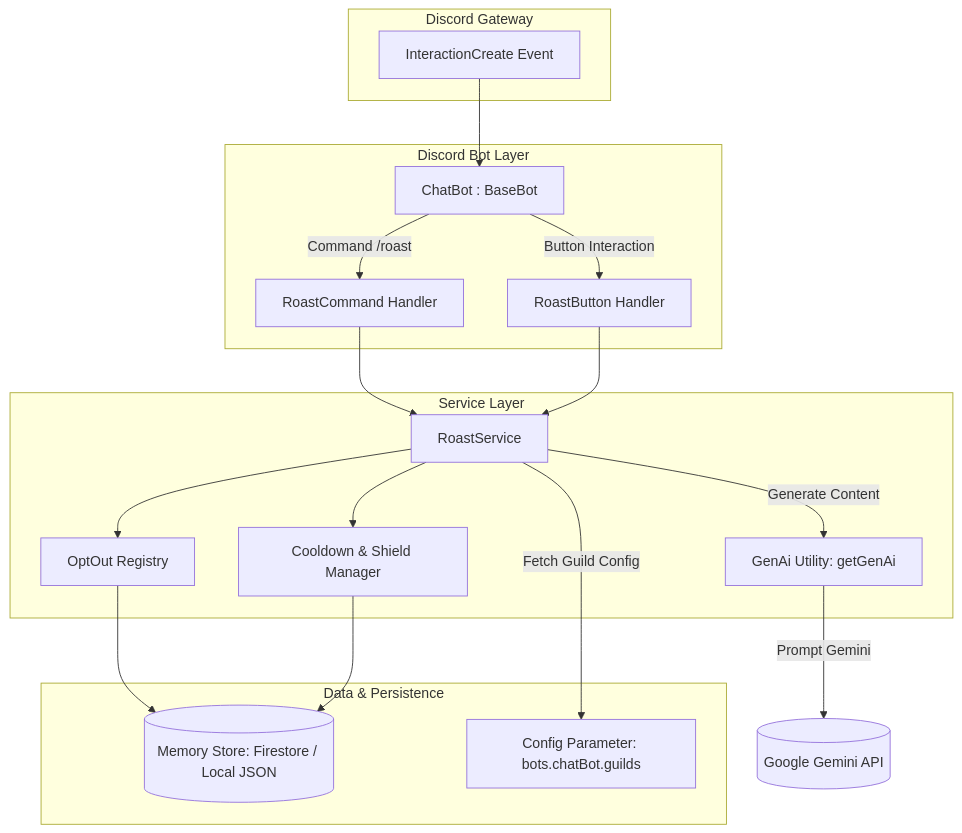
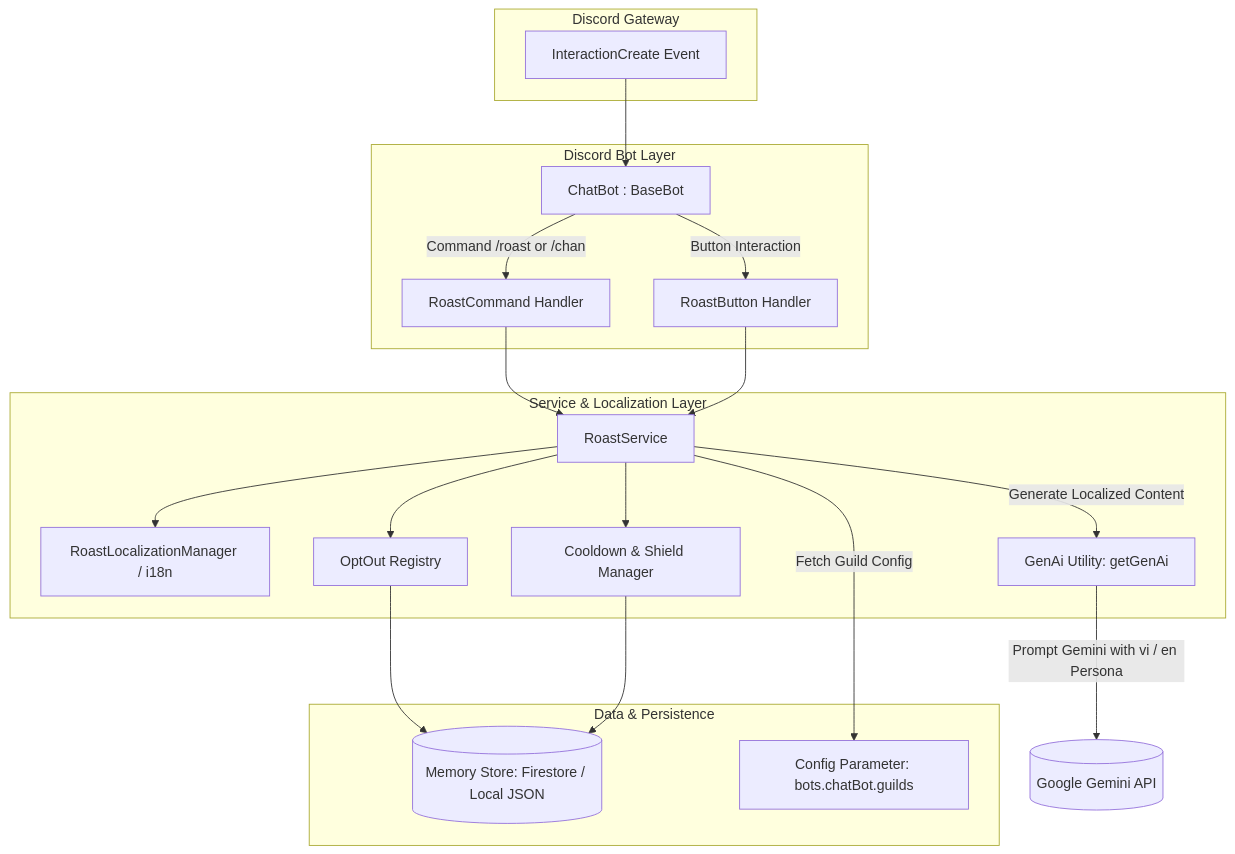
One commit to nthungdev/discord-bot changed the fifth of 6 diagrams in docs/roast-feature-prd.md. Above: the diagram before and after it, drawn with Mermaid. The commit also changed other lines of this file, not shown here.

Commit message:
docs(roast): support vietnamese and english locales for roast feature (#76)

````diff
--- a/docs/roast-feature-prd.md
+++ b/docs/roast-feature-prd.md
@@ -274,39 +452,41 @@
 ```mermaid
 flowchart TD
     subgraph Discord Gateway
         GW[InteractionCreate Event]
     end
 
     subgraph Discord Bot Layer
         CB[ChatBot : BaseBot]
         CMD[RoastCommand Handler]
         BTN[RoastButton Handler]
     end
 
-    subgraph Service Layer
+    subgraph Service & Localization Layer
         RS[RoastService]
+        RLM[RoastLocalizationManager / i18n]
         CS[Cooldown & Shield Manager]
         OOR[OptOut Registry]
         GAS[GenAi Utility: getGenAi]
     end
 
     subgraph Data & Persistence
         MS[(Memory Store: Firestore / Local JSON)]
         CFG[Config Parameter: bots.chatBot.guilds]
     end
 
     GW --> CB
-    CB -->|Command /roast| CMD
+    CB -->|Command /roast or /chan| CMD
     CB -->|Button Interaction| BTN
     CMD --> RS
     BTN --> RS
     
+    RS --> RLM
     RS --> CS
     RS --> OOR
     OOR --> MS
     CS --> MS
     
     RS -->|Fetch Guild Config| CFG
-    RS -->|Generate Content| GAS
-    GAS -->|Prompt Gemini| GEMINI[(Google Gemini API)]
+    RS -->|Generate Localized Content| GAS
+    GAS -->|Prompt Gemini with vi / en Persona| GEMINI[(Google Gemini API)]
 ```
````
